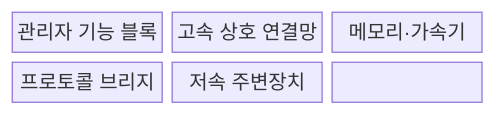
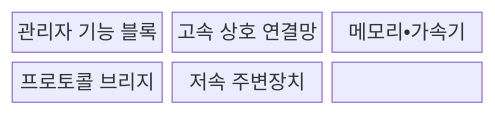
The first of 2 diagrams in src/content/docs/notes/02-hardware/078_amba_bus_protocol.md (agnusdei1207/knowledge-base), drawn with Mermaid before and after one commit. The commit also changed other lines of this file and 953 other files, not shown here.

````diff
--- a/src/content/docs/notes/02-hardware/078_amba_bus_protocol.md
+++ b/src/content/docs/notes/02-hardware/078_amba_bus_protocol.md
@@ -68,11 +68,11 @@
 ```mermaid
 block
   columns 3
   A["관리자 기능 블록"]
   B["고속 상호 연결망"]
-  C["메모리·가속기"]
+  C["메모리•가속기"]
   D["프로토콜 브리지"]
   E["저속 주변장치"]
   A --- B --- C
   B --- D --- E
 ```
````
